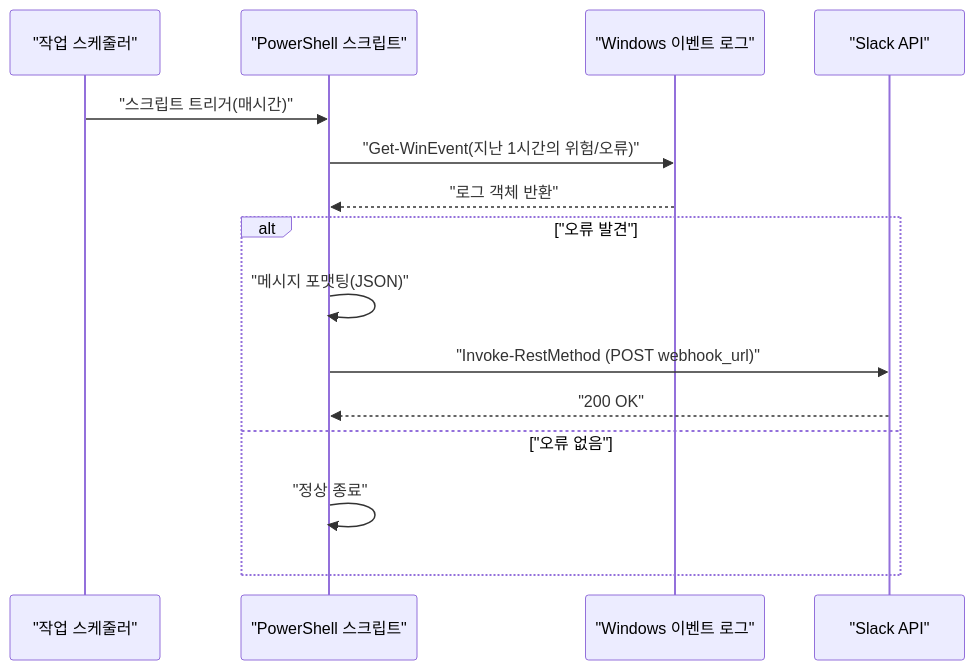
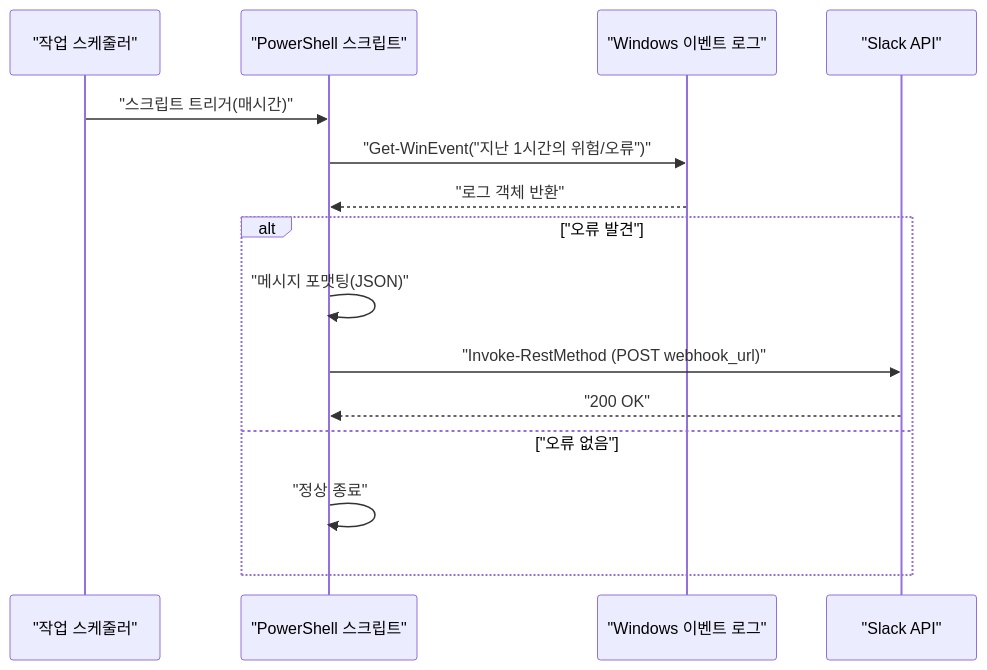
Before and after one commit to kenjinote/blog: the second of 2 diagrams in content/post/powershell自動化/index.ko.md, drawn with Mermaid. The commit also changed 929 other files, not shown here.

Commit message:
fix: Add double quotes to all Mermaid node texts to resolve syntax errors

````diff
--- a/content/post/powershell自動化/index.ko.md
+++ b/content/post/powershell自動化/index.ko.md
@@ -248,17 +248,17 @@
 ```mermaid
 sequenceDiagram
     participant S as "작업 스케줄러"
     participant P as "PowerShell 스크립트"
     participant W as "Windows 이벤트 로그"
     participant Sl as "Slack API"
     S->>P: "스크립트 트리거(매시간)"
-    P->>W: "Get-WinEvent(지난 1시간의 위험/오류)"
+    P->>W: "Get-WinEvent("지난 1시간의 위험/오류")"
     W-->>P: "로그 객체 반환"
     alt "오류 발견"
         P->>P: "메시지 포맷팅(JSON)"
         P->>Sl: "Invoke-RestMethod (POST webhook_url)"
         Sl-->>P: "200 OK"
     else "오류 없음"
         P->>P: "정상 종료"
     end
 ```
````
